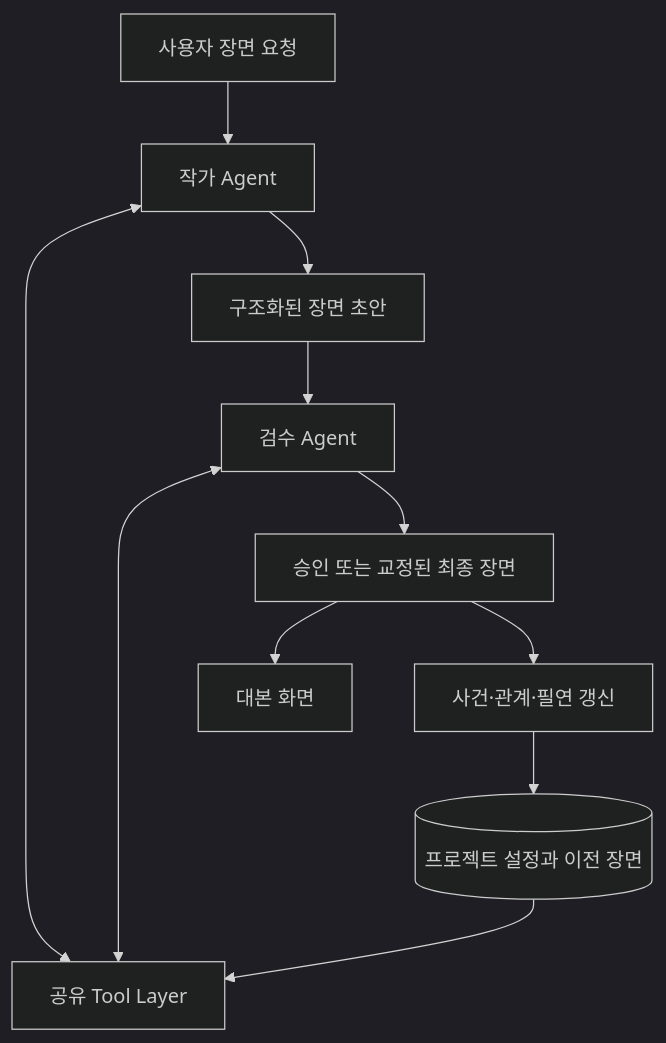
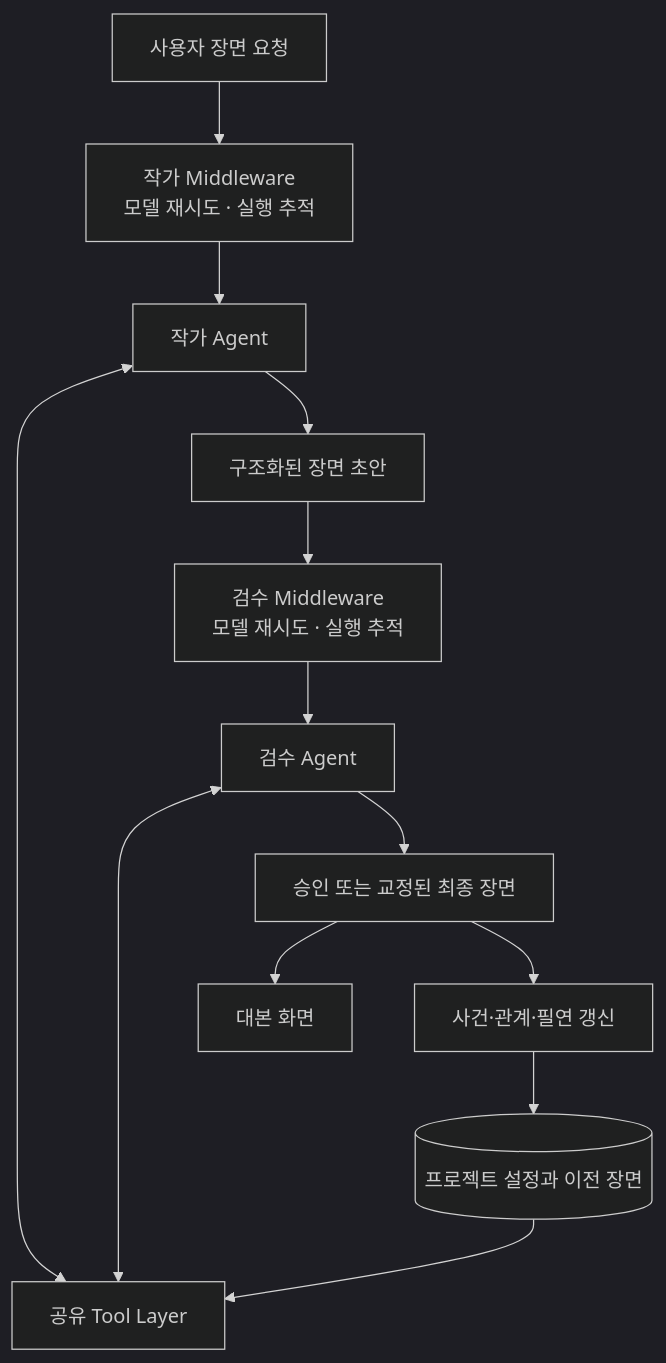
Before and after one commit to Lineon24/StoryWeaver: the diagram in README.md, drawn with Mermaid (dark theme). The commit also changed other lines of this file, not shown here.

Commit message:
Document agent middleware architecture

````diff
--- a/README.md
+++ b/README.md
@@ -57,13 +57,15 @@
 ```mermaid
 flowchart TD
-    U[사용자 장면 요청] --> W[작가 Agent]
+    U[사용자 장면 요청] --> WM[작가 Middleware<br/>모델 재시도 · 실행 추적]
+    WM --> W[작가 Agent]
     P[(프로젝트 설정과 이전 장면)] --> T[공유 Tool Layer]
     W <--> T
     W --> S[구조화된 장면 초안]
-    S --> R[검수 Agent]
+    S --> RM[검수 Middleware<br/>모델 재시도 · 실행 추적]
+    RM --> R[검수 Agent]
     R <--> T
     R --> F[승인 또는 교정된 최종 장면]
     F --> V[대본 화면]
     F --> A[사건·관계·필연 갱신]
     A --> P
 ```
````
